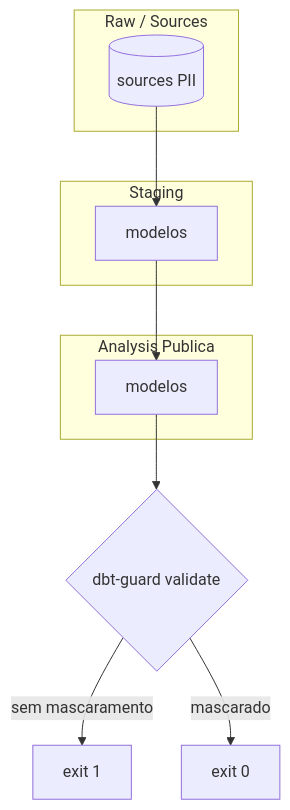
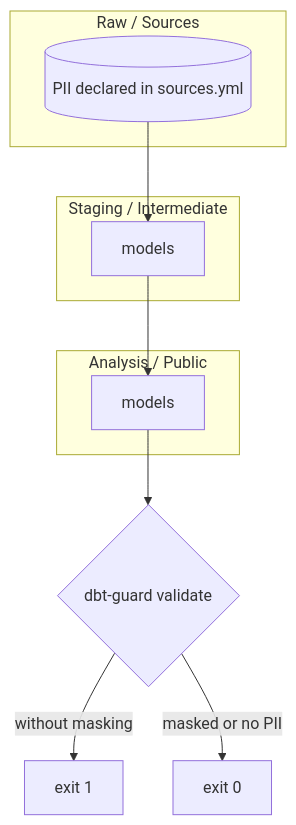
One commit to renatoprovi/dbt-guard changed the diagram in README.md. Above: the diagram before and after it, drawn with Mermaid. The commit also changed other lines of this file and 13 other files, not shown here.

````diff
--- a/README.md
+++ b/README.md
@@ -17,16 +25,16 @@
 ```mermaid
 flowchart TB
   subgraph raw [Raw / Sources]
-    R[(sources PII)]
+    R[(PII declared in sources.yml)]
   end
-  subgraph staging [Staging]
-    S[modelos]
+  subgraph staging [Staging / Intermediate]
+    S[models]
   end
-  subgraph analysis [Analysis Publica]
-    A[modelos]
+  subgraph analysis [Analysis / Public]
+    A[models]
   end
   R --> S --> A
   A --> G{dbt-guard validate}
-  G -->|sem mascaramento| B[exit 1]
-  G -->|mascarado| O[exit 0]
+  G -->|without masking| B[exit 1]
+  G -->|masked or no PII| O[exit 0]
 ```
````
